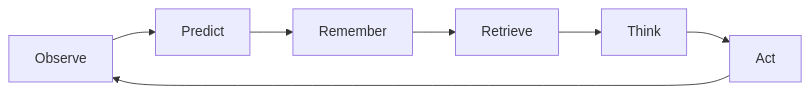
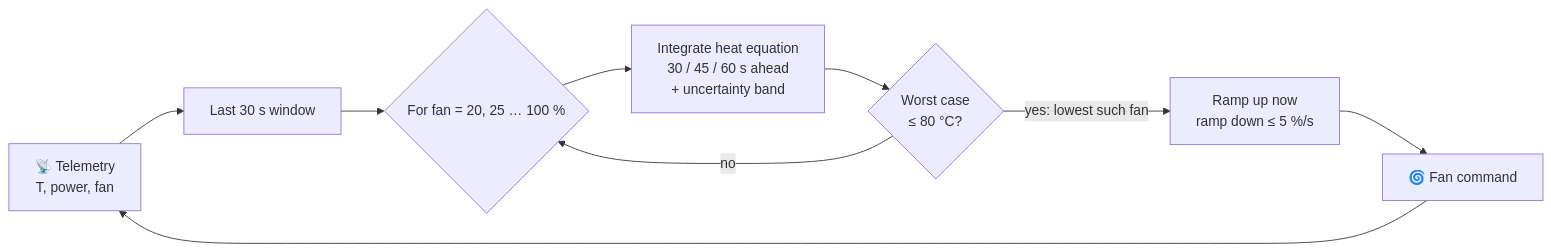
Before and after one commit to its-yashjai/thecool: the fourth of 8 diagrams in thecool-main/NeuralFlow_README.md, drawn with Mermaid. The commit also changed other lines of this file, not shown here.

First line of the commit message:
v8: rewrite README with Mermaid diagrams and current, honest numbers

````diff
--- a/thecool-main/NeuralFlow_README.md
+++ b/thecool-main/NeuralFlow_README.md
@@ -675,9 +133,11 @@
 ```mermaid
 flowchart LR
-    O["Observe"] --> P["Predict"]
-    P --> R["Remember"]
-    R --> K["Retrieve"]
-    K --> T["Think"]
-    T --> A["Act"]
-    A --> O
+    T["📡 Telemetry<br/>T, power, fan"] --> W["Last 30 s window"]
+    W --> F{"For fan = 20, 25 … 100 %"}
+    F --> P["Integrate heat equation<br/>30 / 45 / 60 s ahead<br/>+ uncertainty band"]
+    P --> C{"Worst case<br/>≤ 80 °C?"}
+    C -->|"no"| F
+    C -->|"yes: lowest such fan"| R["Ramp up now<br/>ramp down ≤ 5 %/s"]
+    R --> A["🌀 Fan command"]
+    A --> T
 ```
````
